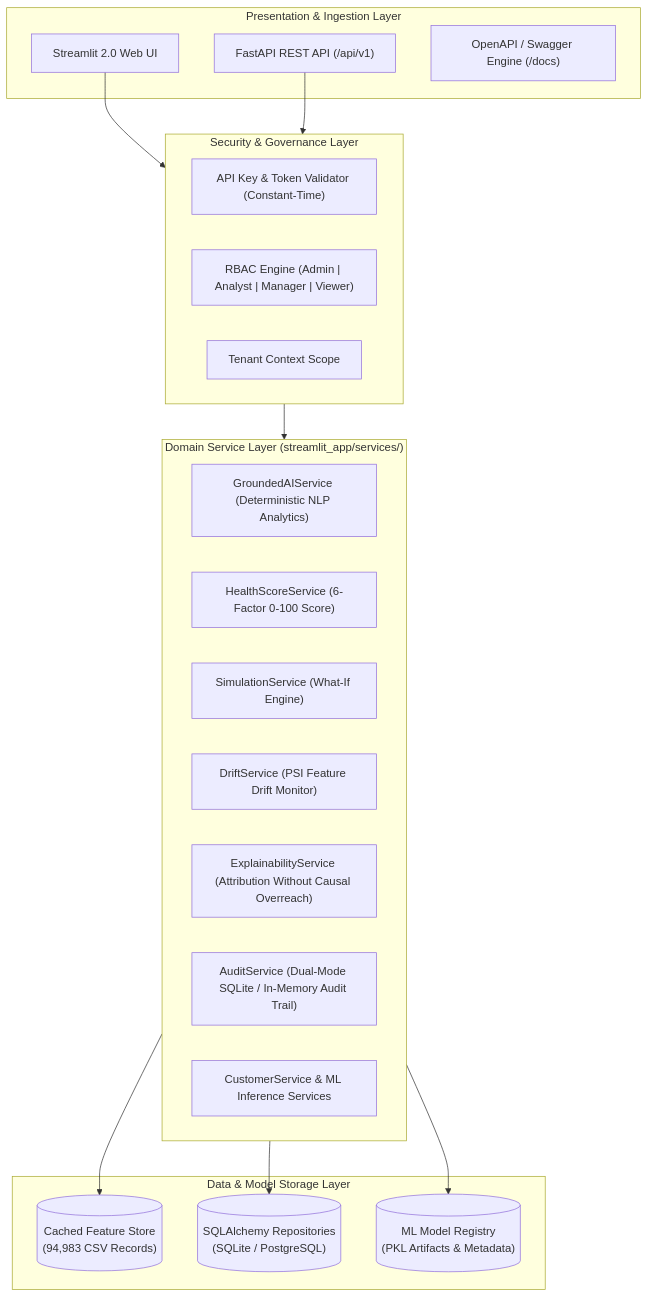
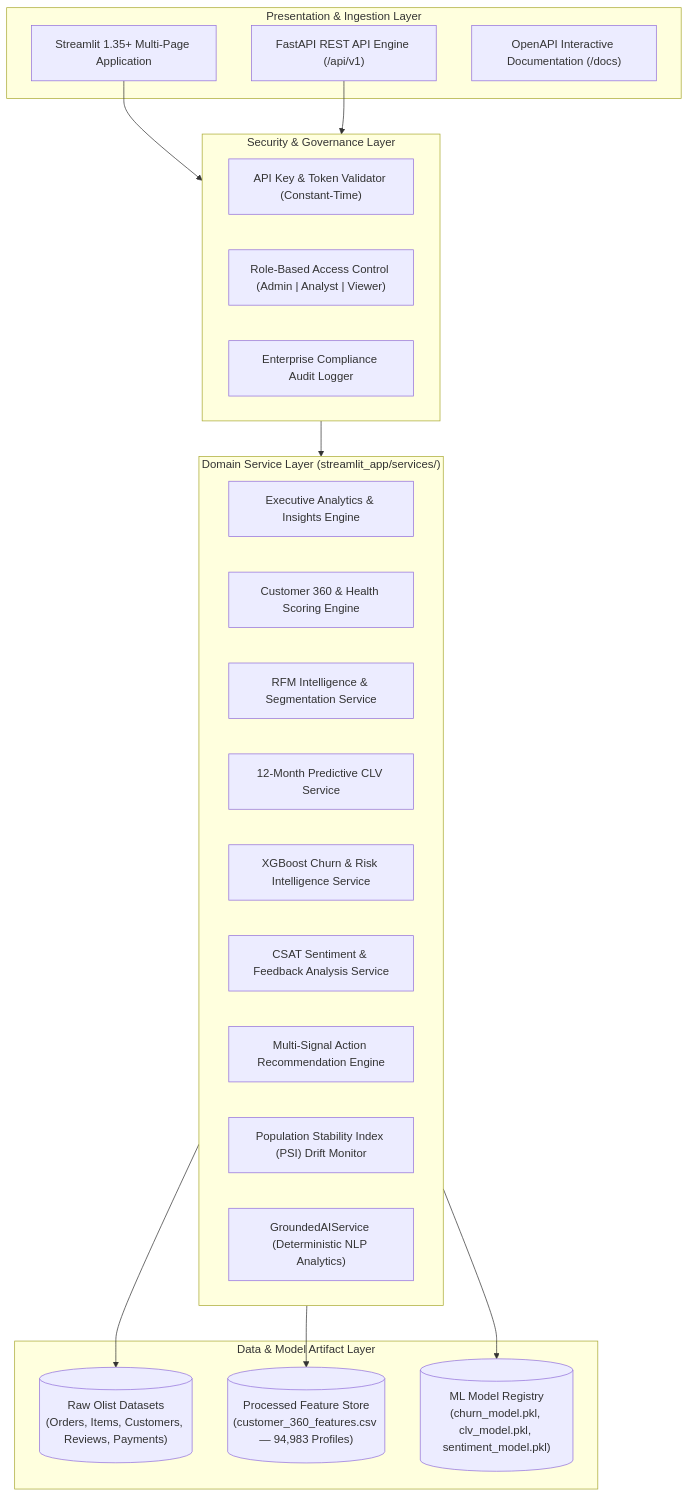
Before and after one commit to suhani-chauhan56/Customer-360-Intelligence-Platform: the diagram in README.md, drawn with Mermaid. The commit also changed other lines of this file and 5 other files, not shown here.

Commit message:
feat: add Streamlit application, recommendation and sentiment services, and test suite

````diff
--- a/README.md
+++ b/README.md
@@ -32,37 +32,39 @@
 ```mermaid
 flowchart TD
-    subgraph Client_Layer ["Presentation & Ingestion Layer"]
-        UI["Streamlit 2.0 Web UI"]
-        API["FastAPI REST API (/api/v1)"]
-        DOCS["OpenAPI / Swagger Engine (/docs)"]
+    subgraph Presentation_Layer ["Presentation & Ingestion Layer"]
+        UI["Streamlit 1.35+ Multi-Page Application"]
+        API["FastAPI REST API Engine (/api/v1)"]
+        SWAGGER["OpenAPI Interactive Documentation (/docs)"]
     end
 
-    subgraph Security_Layer ["Security & Governance Layer"]
+    subgraph Security_Governance ["Security & Governance Layer"]
         AUTH["API Key & Token Validator (Constant-Time)"]
-        RBAC["RBAC Engine (Admin | Analyst | Manager | Viewer)"]
-        TENANT["Tenant Context Scope"]
+        RBAC["Role-Based Access Control (Admin | Analyst | Viewer)"]
+        AUDIT["Enterprise Compliance Audit Logger"]
     end
 
-    subgraph Service_Layer ["Domain Service Layer (streamlit_app/services/)"]
+    subgraph Domain_Services ["Domain Service Layer (streamlit_app/services/)"]
+        EXEC_SVC["Executive Analytics & Insights Engine"]
+        CUST_SVC["Customer 360 & Health Scoring Engine"]
+        RFM_SVC["RFM Intelligence & Segmentation Service"]
+        CLV_SVC["12-Month Predictive CLV Service"]
+        CHURN_SVC["XGBoost Churn & Risk Intelligence Service"]
+        SENT_SVC["CSAT Sentiment & Feedback Analysis Service"]
+        REC_SVC["Multi-Signal Action Recommendation Engine"]
+        DRIFT_SVC["Population Stability Index (PSI) Drift Monitor"]
         AI_SVC["GroundedAIService (Deterministic NLP Analytics)"]
-        HEALTH_SVC["HealthScoreService (6-Factor 0-100 Score)"]
-        SIM_SVC["SimulationService (What-If Engine)"]
-        DRIFT_SVC["DriftService (PSI Feature Drift Monitor)"]
-        EXP_SVC["ExplainabilityService (Attribution Without Causal Overreach)"]
-        AUDIT_SVC["AuditService (Dual-Mode SQLite / In-Memory Audit Trail)"]
-        CUST_SVC["CustomerService & ML Inference Services"]
     end
 
-    subgraph Data_Storage_Layer ["Data & Model Storage Layer"]
-        CSV_STORE[("Cached Feature Store\n(94,983 CSV Records)")]
-        DB_ORM[("SQLAlchemy Repositories\n(SQLite / PostgreSQL)")]
-        ML_REG[("ML Model Registry\n(PKL Artifacts & Metadata)")]
+    subgraph Data_Storage ["Data & Model Artifact Layer"]
+        RAW_STORE[("Raw Olist Datasets\n(Orders, Items, Customers, Reviews, Payments)")]
+        FEAT_STORE[("Processed Feature Store\n(customer_360_features.csv — 94,983 Profiles)")]
+        ML_STORE[("ML Model Registry\n(churn_model.pkl, clv_model.pkl, sentiment_model.pkl)")]
     end
 
-    UI --> Security_Layer
-    API --> Security_Layer
-    Security_Layer --> Service_Layer
-    Service_Layer --> CSV_STORE
-    Service_Layer --> DB_ORM
-    Service_Layer --> ML_REG
+    UI --> Security_Governance
+    API --> Security_Governance
+    Security_Governance --> Domain_Services
+    Domain_Services --> FEAT_STORE
+    Domain_Services --> RAW_STORE
+    Domain_Services --> ML_STORE
 ```
````
